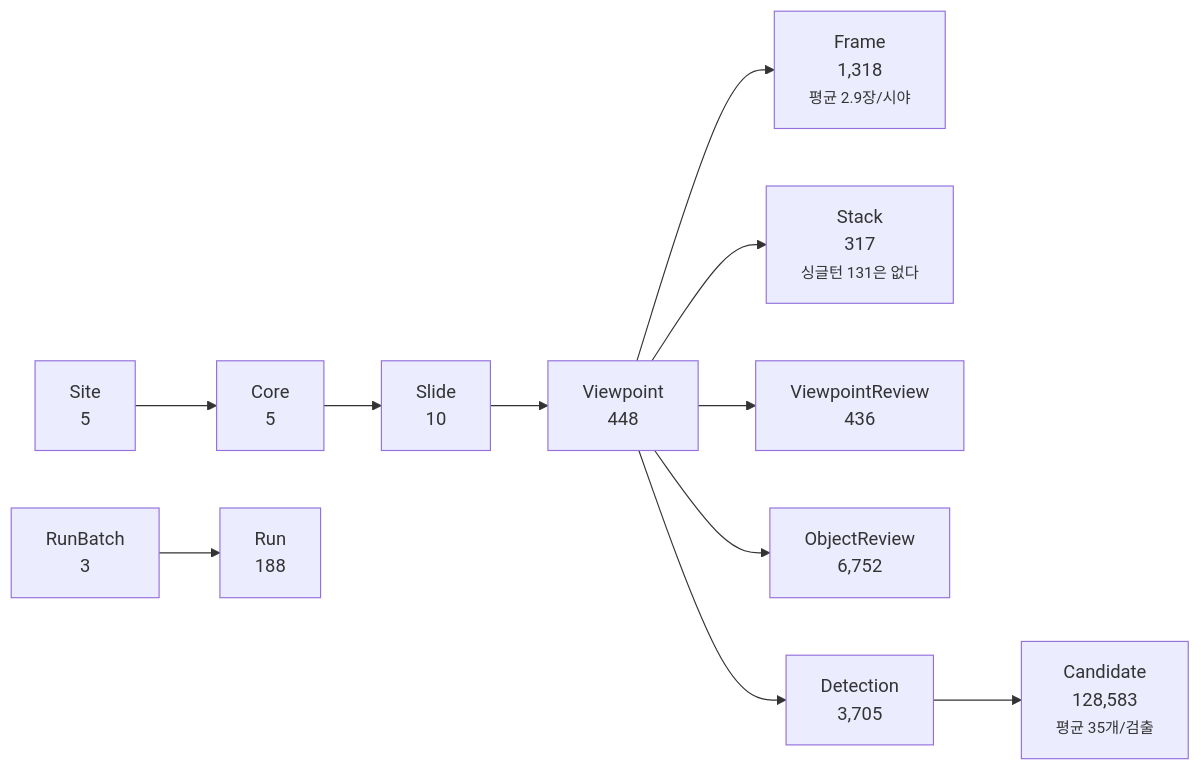
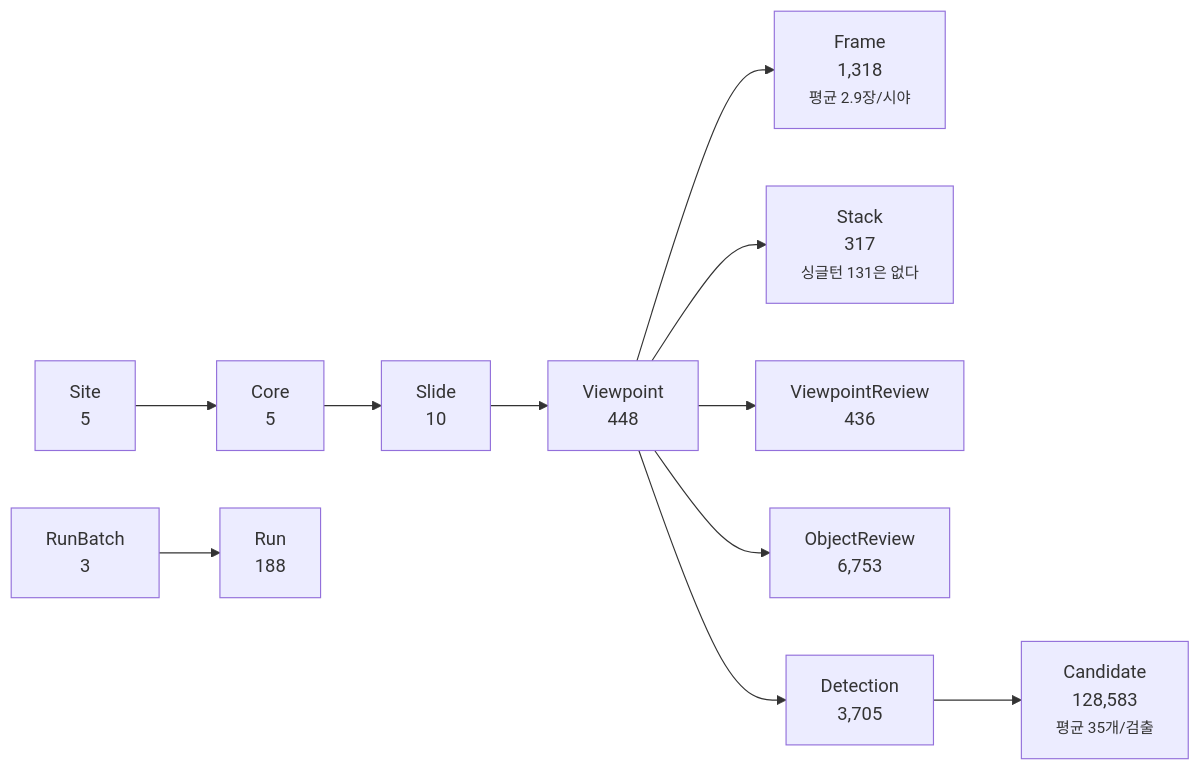
Before and after one commit to jikhanjung/DiaRUGA: the fifth of 5 diagrams in docs/20260804_db-erd.md, drawn with Mermaid. The commit also changed other lines of this file and 12 other files, not shown here.

First line of the commit message:
마이그레이션이 다 걸린 상태로 문서를 맞추고, ERD 만 담은 A3 문서를 만든다

````diff
--- a/docs/20260804_db-erd.md
+++ b/docs/20260804_db-erd.md
@@ -230,10 +233,10 @@
 ```mermaid
 flowchart LR
     S["Site<br/>5"] --> C["Core<br/>5"] --> SL["Slide<br/>10"] --> VP["Viewpoint<br/>448"]
     VP --> F["Frame<br/>1,318<br/><small>평균 2.9장/시야</small>"]
     VP --> ST["Stack<br/>317<br/><small>싱글턴 131은 없다</small>"]
     VP --> VR["ViewpointReview<br/>436"]
-    VP --> OR["ObjectReview<br/>6,752"]
+    VP --> OR["ObjectReview<br/>6,753"]
     VP --> D["Detection<br/>3,705"] --> CA["Candidate<br/>128,583<br/><small>평균 35개/검출</small>"]
     RB["RunBatch<br/>3"] --> R["Run<br/>188"]
 ```
````
